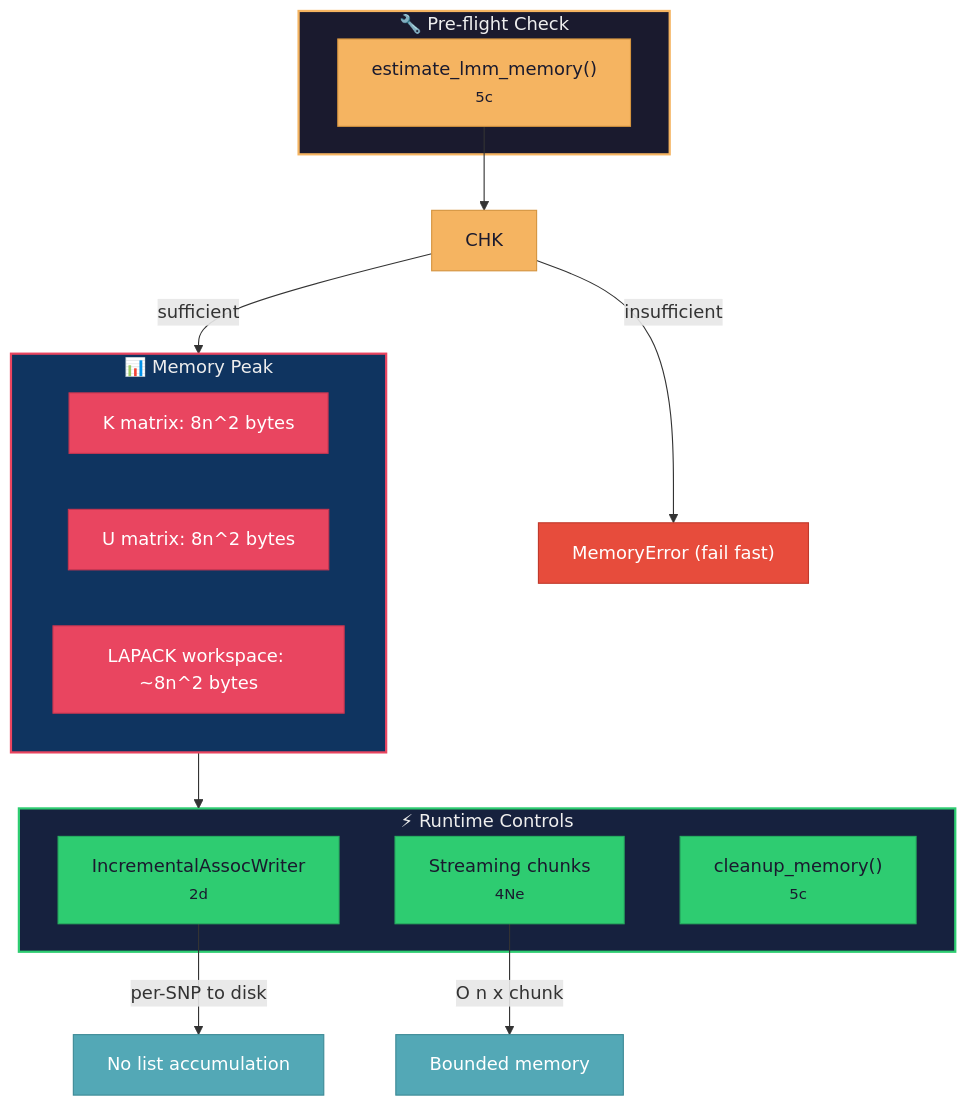
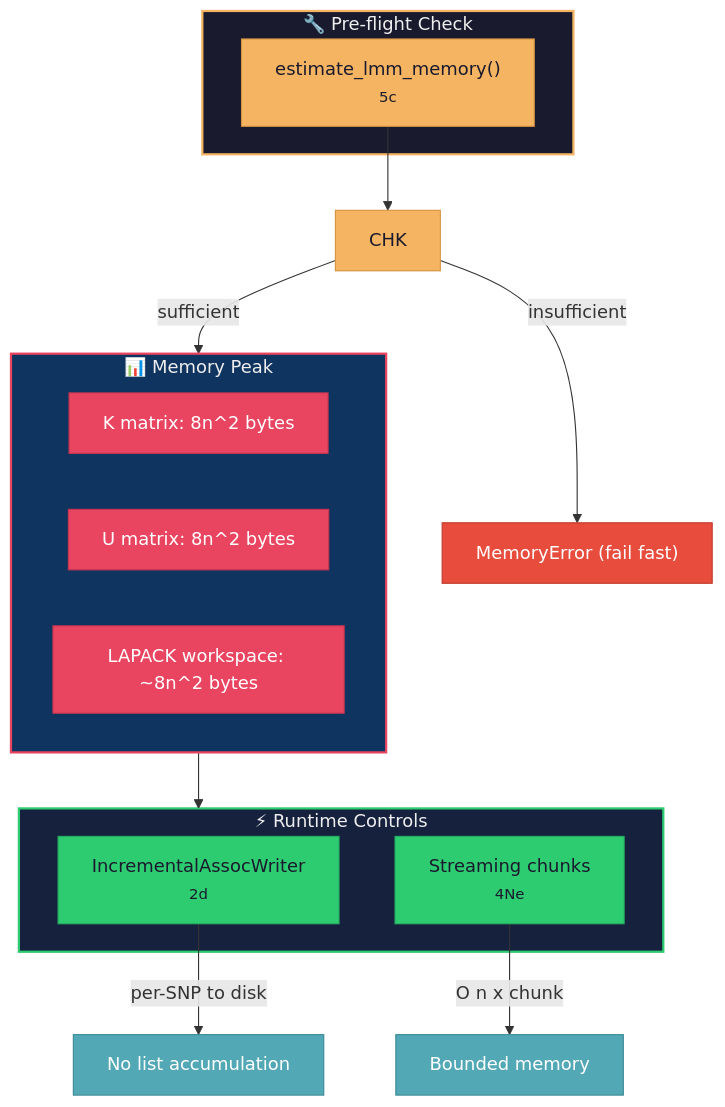
One commit to michael-denyer/jamma changed the fourth of 5 diagrams in docs/CODEMAP.md. Above: the diagram before and after it, drawn with Mermaid. The commit also changed other lines of this file and 8 other files, not shown here.

````diff
--- a/docs/CODEMAP.md
+++ b/docs/CODEMAP.md
@@ -461,41 +460,39 @@
 ```mermaid
 flowchart TD
     subgraph Preflight["🔧 Pre-flight Check"]
         EST["estimate_lmm_memory()<br/><small>5c</small>"]
     end
 
     subgraph Peak["📊 Memory Peak"]
         KM["K matrix: 8n^2 bytes"]
         UM["U matrix: 8n^2 bytes"]
         WS["LAPACK workspace: ~8n^2 bytes"]
     end
 
     subgraph Runtime["⚡ Runtime Controls"]
         INC["IncrementalAssocWriter<br/><small>2d</small>"]
         STR["Streaming chunks<br/><small>4Ne</small>"]
-        CLN["cleanup_memory()<br/><small>5c</small>"]
     end
 
     EST --> CHK
     CHK -->|insufficient| FAIL["MemoryError (fail fast)"]
     CHK -->|sufficient| Peak
     Peak --> Runtime
     INC -->|per-SNP to disk| DISK["No list accumulation"]
     STR -->|O n x chunk| LOW["Bounded memory"]
 
     style Preflight fill:#1a1a2e,stroke:#f5b461,color:#eee,stroke-width:2px
     style Peak fill:#0f3460,stroke:#e94560,color:#eee,stroke-width:2px
     style Runtime fill:#16213e,stroke:#2ecc71,color:#eee,stroke-width:2px
 
     style EST fill:#f5b461,stroke:#d4943f,color:#1a1a2e
     style CHK fill:#f5b461,stroke:#d4943f,color:#1a1a2e
     style KM fill:#e94560,stroke:#c73550,color:#fff
     style UM fill:#e94560,stroke:#c73550,color:#fff
     style WS fill:#e94560,stroke:#c73550,color:#fff
     style FAIL fill:#e74c3c,stroke:#c0392b,color:#fff
     style INC fill:#2ecc71,stroke:#27ae60,color:#1a1a2e
     style STR fill:#2ecc71,stroke:#27ae60,color:#1a1a2e
-    style CLN fill:#2ecc71,stroke:#27ae60,color:#1a1a2e
     style DISK fill:#53a8b6,stroke:#3d8a96,color:#fff
     style LOW fill:#53a8b6,stroke:#3d8a96,color:#fff
 ```
````
